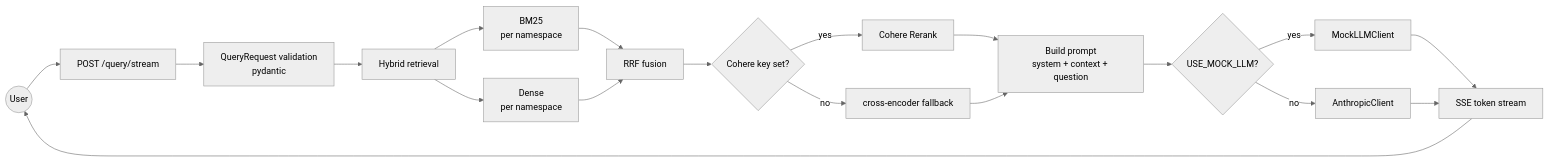
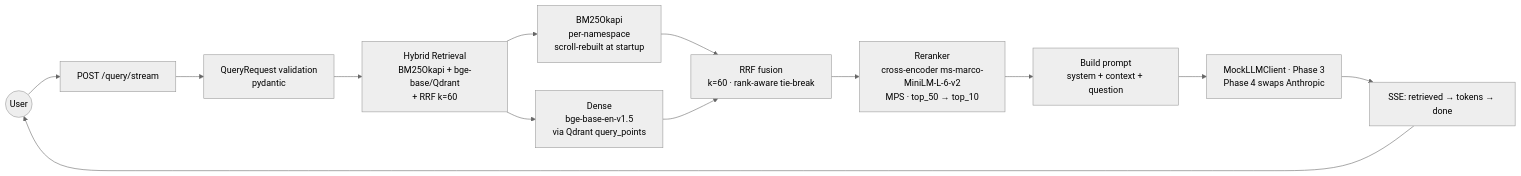
The third of 4 diagrams in ARCHITECTURE.md (meizhuixu/devdocs-rag), drawn with Mermaid (neutral theme) before and after one commit. The commit also changed other lines of this file and 1 other file, not shown here.

````diff
--- a/ARCHITECTURE.md
+++ b/ARCHITECTURE.md
@@ -98,24 +98,18 @@
 ```mermaid
 flowchart LR
     U((User)) --> API[POST /query/stream]
     API --> V[QueryRequest validation<br/>pydantic]
-    V --> H[Hybrid retrieval]
+    V --> H[Hybrid Retrieval<br/>BM25Okapi + bge-base/Qdrant<br/>+ RRF k=60]
 
-    H --> B[BM25<br/>per namespace]
-    H --> D[Dense<br/>per namespace]
-    B --> F[RRF fusion]
+    H --> B[BM25Okapi<br/>per-namespace<br/>scroll-rebuilt at startup]
+    H --> D[Dense<br/>bge-base-en-v1.5<br/>via Qdrant query_points]
+    B --> F[RRF fusion<br/>k=60 · rank-aware tie-break]
     D --> F
 
-    F --> RR{Cohere key set?}
-    RR -- yes --> RC[Cohere Rerank]
-    RR -- no --> RX[cross-encoder fallback]
-    RC --> P[Build prompt<br/>system + context + question]
-    RX --> P
+    F --> RR[Reranker<br/>cross-encoder ms-marco-MiniLM-L-6-v2<br/>MPS · top_50 → top_10]
+    RR --> P[Build prompt<br/>system + context + question]
 
-    P --> M{USE_MOCK_LLM?}
-    M -- yes --> MK[MockLLMClient]
-    M -- no --> AN[AnthropicClient]
-    MK --> S[SSE token stream]
-    AN --> S
+    P --> MK[MockLLMClient · Phase 3<br/>Phase 4 swaps Anthropic]
+    MK --> S[SSE: retrieved → tokens → done]
     S --> U
 ```
````
